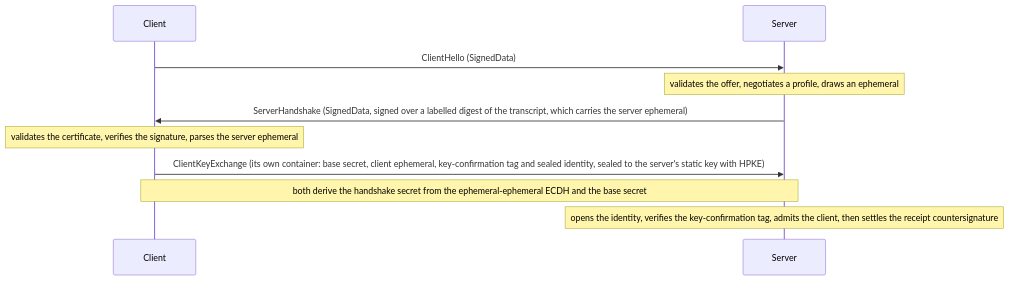
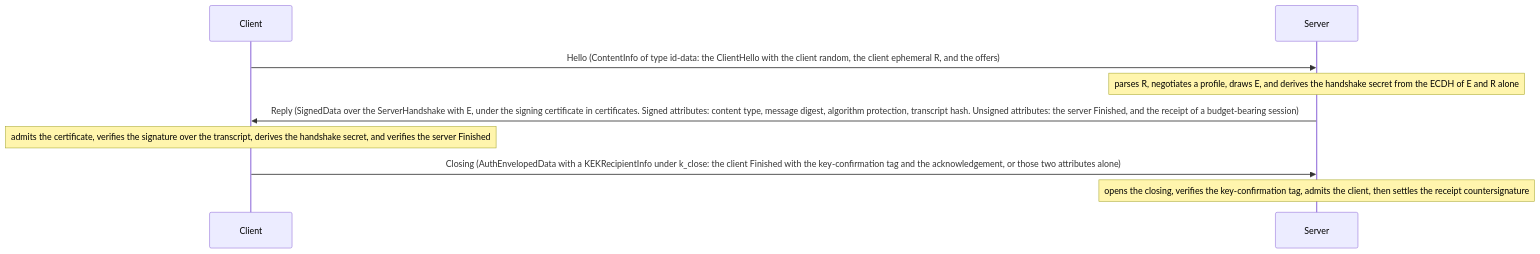
The second of 6 diagrams in docs/handshake.md (wahidgroup/tightbeam), drawn with Mermaid before and after one commit. The commit also changed other lines of this file and 52 other files, not shown here.

Commit message:
fix(transport)!: run the HPKE flow in the TLS 1.3 shape

````diff
--- a/docs/handshake.md
+++ b/docs/handshake.md
@@ -108,12 +108,11 @@
 ```mermaid
 sequenceDiagram
     participant C as Client
     participant S as Server
-    C->>S: ClientHello (SignedData)
-    Note over S: validates the offer, negotiates a profile, draws an ephemeral
-    S->>C: ServerHandshake (SignedData, signed over a labelled digest of the transcript, which carries the server ephemeral)
-    Note over C: validates the certificate, verifies the signature, parses the server ephemeral
-    C->>S: ClientKeyExchange (its own container: base secret, client ephemeral, key-confirmation tag and sealed identity, sealed to the server's static key with HPKE)
-    Note over C,S: both derive the handshake secret from the ephemeral-ephemeral ECDH and the base secret
-    Note over S: opens the identity, verifies the key-confirmation tag, admits the client, then settles the receipt countersignature
+    C->>S: Hello (ContentInfo of type id-data: the ClientHello with the client random, the client ephemeral R, and the offers)
+    Note over S: parses R, negotiates a profile, draws E, and derives the handshake secret from the ECDH of E and R alone
+    S->>C: Reply (SignedData over the ServerHandshake with E, under the signing certificate in certificates. Signed attributes: content type, message digest, algorithm protection, transcript hash. Unsigned attributes: the server Finished, and the receipt of a budget-bearing session)
+    Note over C: admits the certificate, verifies the signature over the transcript, derives the handshake secret, and verifies the server Finished
+    C->>S: Closing (AuthEnvelopedData with a KEKRecipientInfo under k_close: the client Finished with the key-confirmation tag and the acknowledgement, or those two attributes alone)
+    Note over S: opens the closing, verifies the key-confirmation tag, admits the client, then settles the receipt countersignature
 ```
````
